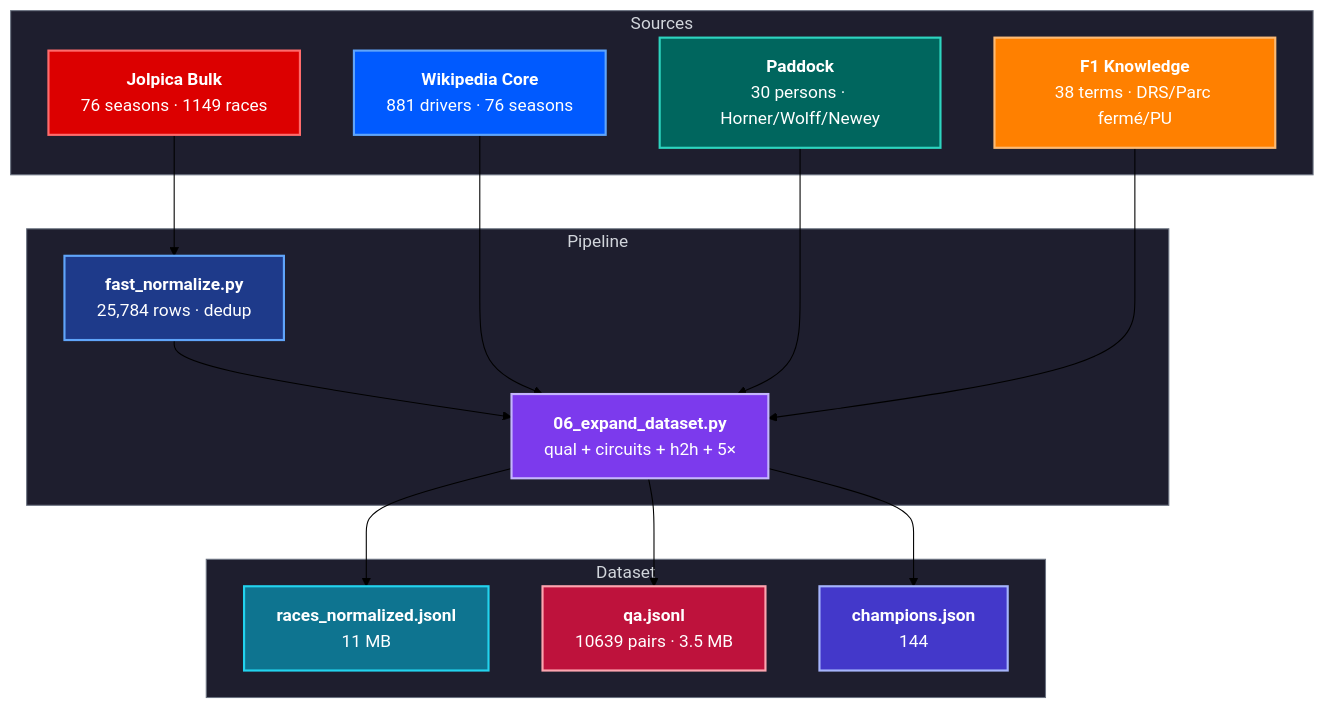
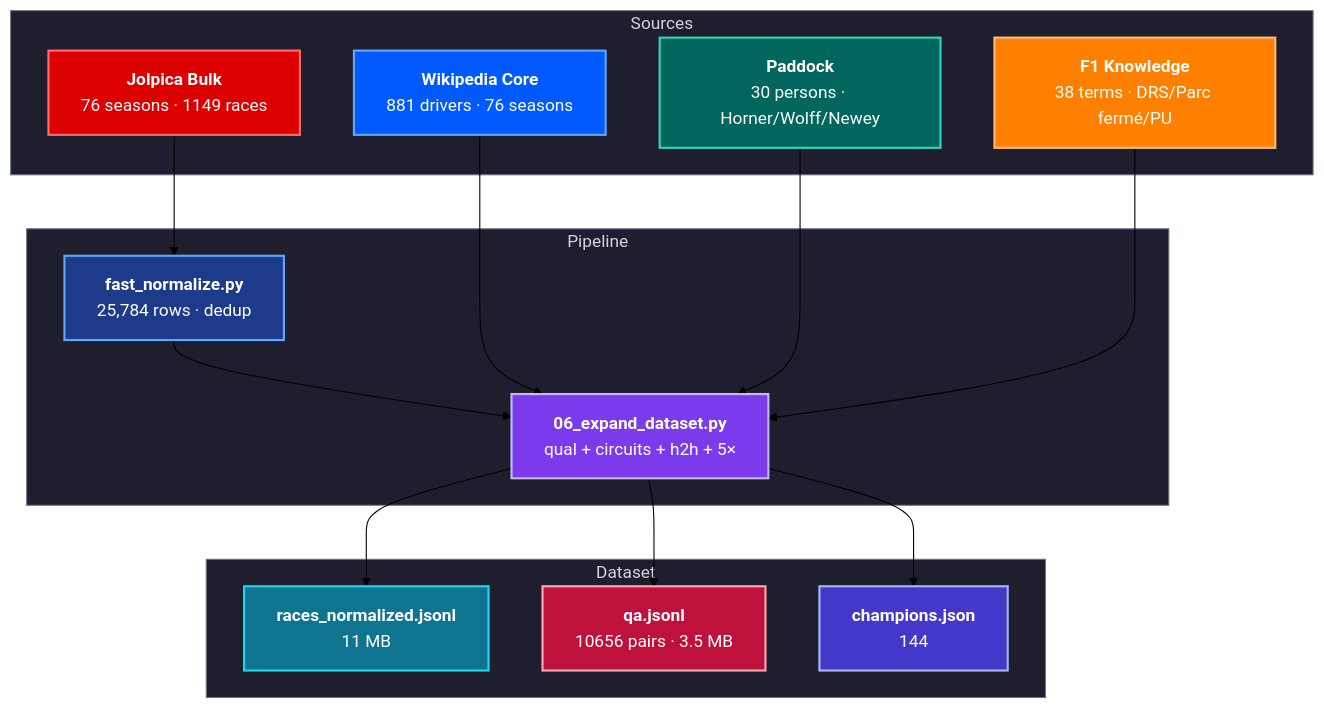
One commit to VineshF1/F1-Dataset changed the diagram in README.md. Above: the diagram before and after it, drawn with Mermaid (forest theme). The commit also changed other lines of this file and 4 other files, not shown here.

````diff
--- a/README.md
+++ b/README.md
@@ -24,43 +24,43 @@
 ```mermaid
 flowchart TB
     subgraph SOURCES["Sources"]
         A["<b>Jolpica Bulk</b><br/>76 seasons · 1149 races"]
         B["<b>Wikipedia Core</b><br/>881 drivers · 76 seasons"]
         C["<b>Paddock</b><br/>30 persons · Horner/Wolff/Newey"]
         D["<b>F1 Knowledge</b><br/>38 terms · DRS/Parc fermé/PU"]
     end
 
     subgraph PIPELINE["Pipeline"]
         E["<b>fast_normalize.py</b><br/>25,784 rows · dedup"]
         F["<b>06_expand_dataset.py</b><br/>qual + circuits + h2h + 5×"]
     end
 
     subgraph OUTPUT["Dataset"]
         G["<b>races_normalized.jsonl</b><br/>11 MB"]
-        H["<b>qa.jsonl</b><br/>10639 pairs · 3.5 MB"]
+        H["<b>qa.jsonl</b><br/>10656 pairs · 3.5 MB"]
         I["<b>champions.json</b><br/>144"]
     end
 
     A --> E
     E --> F
     B --> F
     C --> F
     D --> F
     F --> G
     F --> H
     F --> I
 
     style A fill:#DC0000,stroke:#FF6B6B,stroke-width:2px,color:#fff
     style B fill:#005AFF,stroke:#60A5FA,stroke-width:2px,color:#fff
     style C fill:#00665E,stroke:#2DD4BF,stroke-width:2px,color:#fff
     style D fill:#FF8000,stroke:#FDBA74,stroke-width:2px,color:#fff
     style E fill:#1E3A8A,stroke:#60A5FA,stroke-width:2px,color:#fff
     style F fill:#7C3AED,stroke:#C4B5FD,stroke-width:2px,color:#fff
     style G fill:#0E7490,stroke:#22D3EE,stroke-width:2px,color:#fff
     style H fill:#BE123C,stroke:#FDA4AF,stroke-width:2px,color:#fff
     style I fill:#4338CA,stroke:#A5B4FC,stroke-width:2px,color:#fff
 
     style SOURCES fill:#1e1e2e,stroke:#6b7280,stroke-width:1px,color:#d1d5db
     style PIPELINE fill:#1e1e2e,stroke:#6b7280,stroke-width:1px,color:#d1d5db
     style OUTPUT fill:#1e1e2e,stroke:#6b7280,stroke-width:1px,color:#d1d5db
 ```
````
